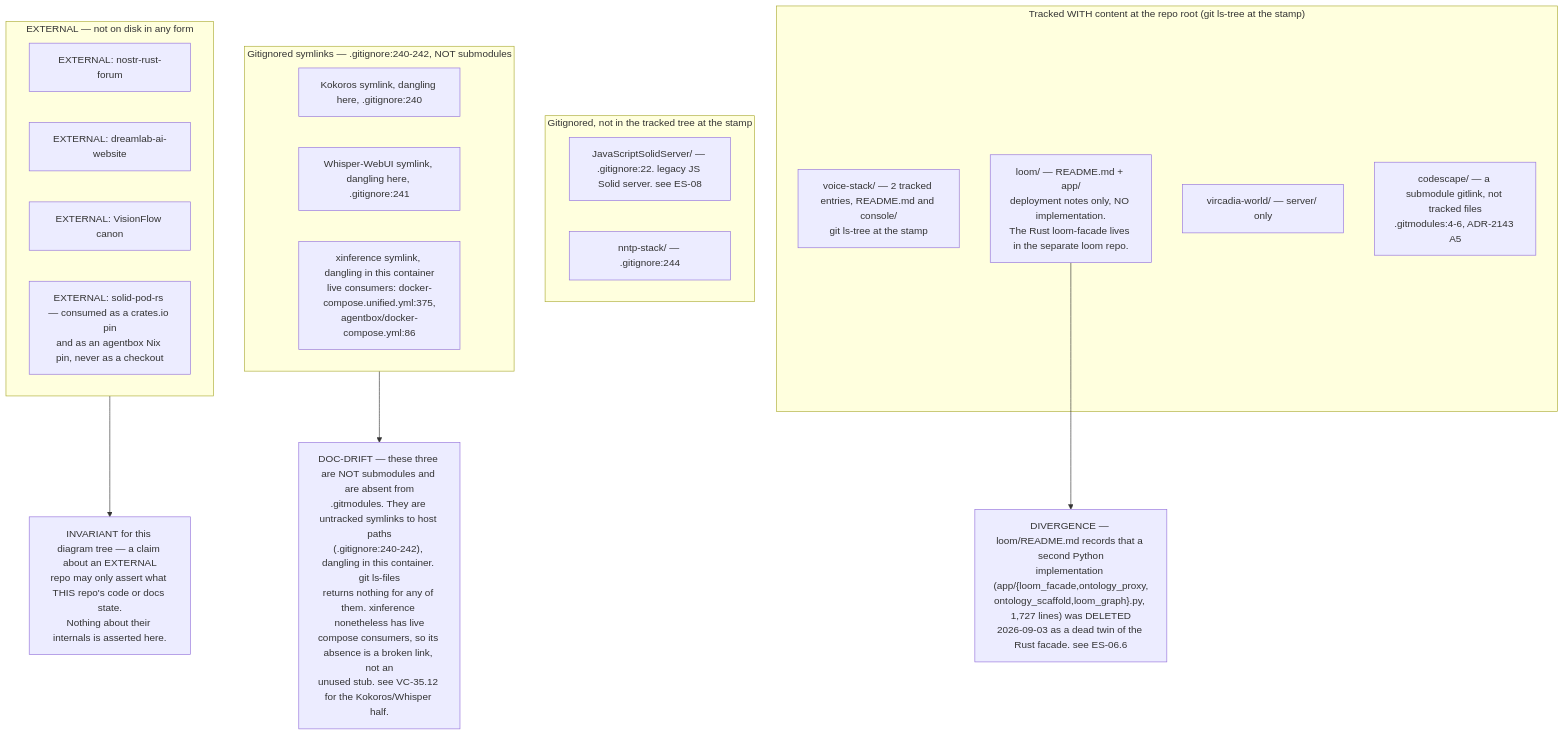
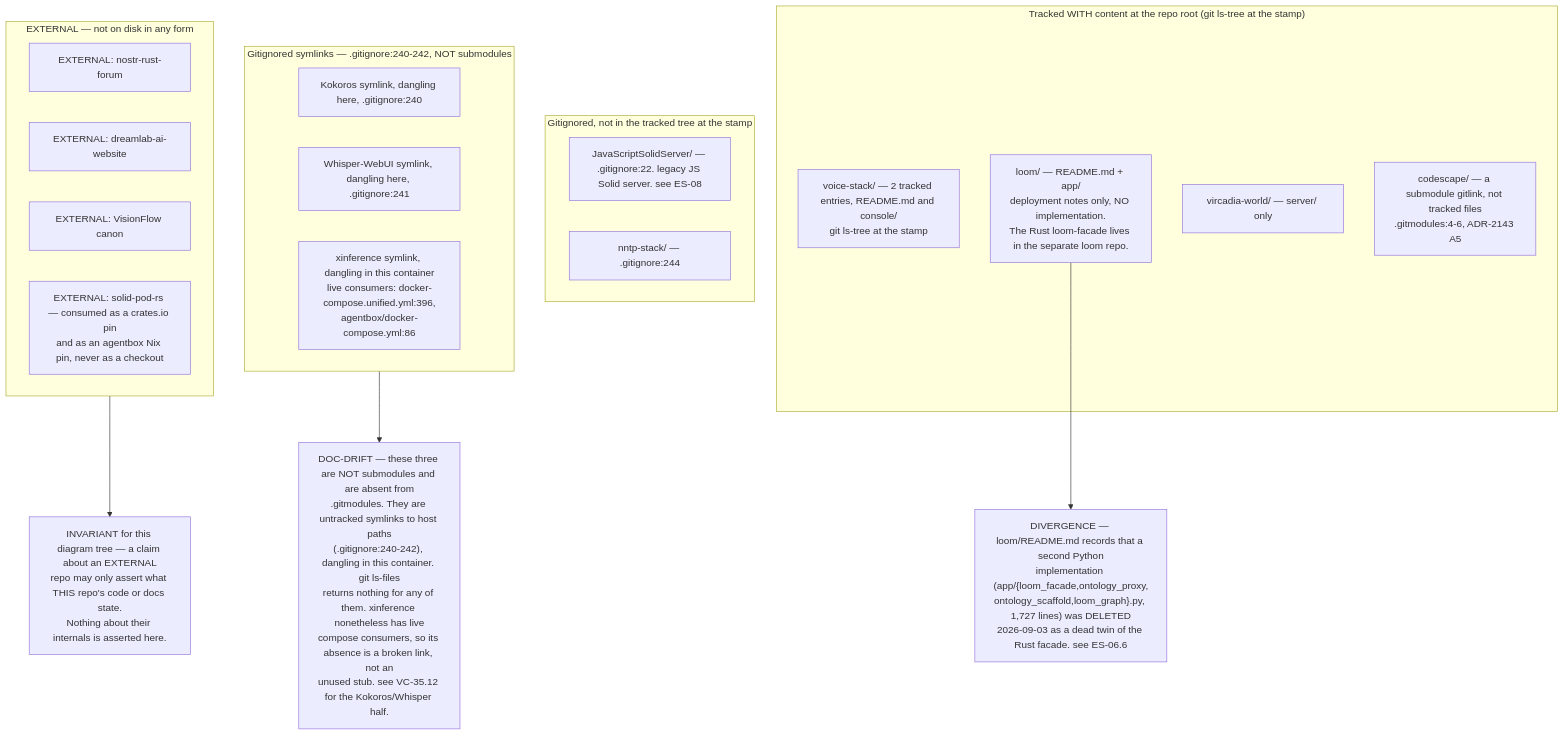
Before and after one commit to DreamLab-AI/VisionFlow: the sixth of 8 diagrams in docs/diagrams/estate/01-estate-topology.md, drawn with Mermaid. The commit also changed other lines of this file and 145 other files, not shown here.

````diff
--- a/docs/diagrams/estate/01-estate-topology.md
+++ b/docs/diagrams/estate/01-estate-topology.md
@@ -268,32 +268,32 @@
 ```mermaid
 flowchart TB
     subgraph real["Tracked WITH content at the repo root (git ls-tree at the stamp)"]
         R3["voice-stack/ — 2 tracked entries, README.md and console/<br/>git ls-tree at the stamp"]
         R4["loom/ — README.md + app/<br/>deployment notes only, NO implementation.<br/>The Rust loom-facade lives in the separate loom repo."]
         R5["vircadia-world/ — server/ only"]
         R6["codescape/ — a submodule gitlink, not tracked files<br/>.gitmodules:4-6, ADR-2143 A5"]
     end
     subgraph gone["Gitignored, not in the tracked tree at the stamp"]
         G1["JavaScriptSolidServer/ — .gitignore:22. legacy JS Solid server. see ES-08"]
         G2["nntp-stack/ — .gitignore:244"]
     end
     subgraph stub["Gitignored symlinks — .gitignore:240-242, NOT submodules"]
         S1["Kokoros symlink, dangling here, .gitignore:240"]
         S2["Whisper-WebUI symlink, dangling here, .gitignore:241"]
-        S3["xinference symlink, dangling in this container<br/>live consumers: docker-compose.unified.yml:375,<br/>agentbox/docker-compose.yml:86"]
+        S3["xinference symlink, dangling in this container<br/>live consumers: docker-compose.unified.yml:396,<br/>agentbox/docker-compose.yml:86"]
     end
     subgraph ext["EXTERNAL — not on disk in any form"]
         E1["EXTERNAL: nostr-rust-forum"]
         E2["EXTERNAL: dreamlab-ai-website"]
         E3["EXTERNAL: VisionFlow canon"]
         E4["EXTERNAL: solid-pod-rs — consumed as a crates.io pin<br/>and as an agentbox Nix pin, never as a checkout"]
     end
 
     WARN["INVARIANT for this diagram tree — a claim about an EXTERNAL<br/>repo may only assert what THIS repo's code or docs state.<br/>Nothing about their internals is asserted here."]
     D1["DOC-DRIFT — these three are NOT submodules and are absent from<br/>.gitmodules. They are untracked symlinks to host paths<br/>(.gitignore:240-242), dangling in this container. git ls-files<br/>returns nothing for any of them. xinference nonetheless has live<br/>compose consumers, so its absence is a broken link, not an<br/>unused stub. see VC-35.12 for the Kokoros/Whisper half."]
     D2["DIVERGENCE — loom/README.md records that a second Python<br/>implementation (app/{loom_facade,ontology_proxy,<br/>ontology_scaffold,loom_graph}.py, 1,727 lines) was DELETED<br/>2026-09-03 as a dead twin of the Rust facade. see ES-06.6"]
 
     stub --> D1
     R4 --> D2
     ext --> WARN
 ```
````
